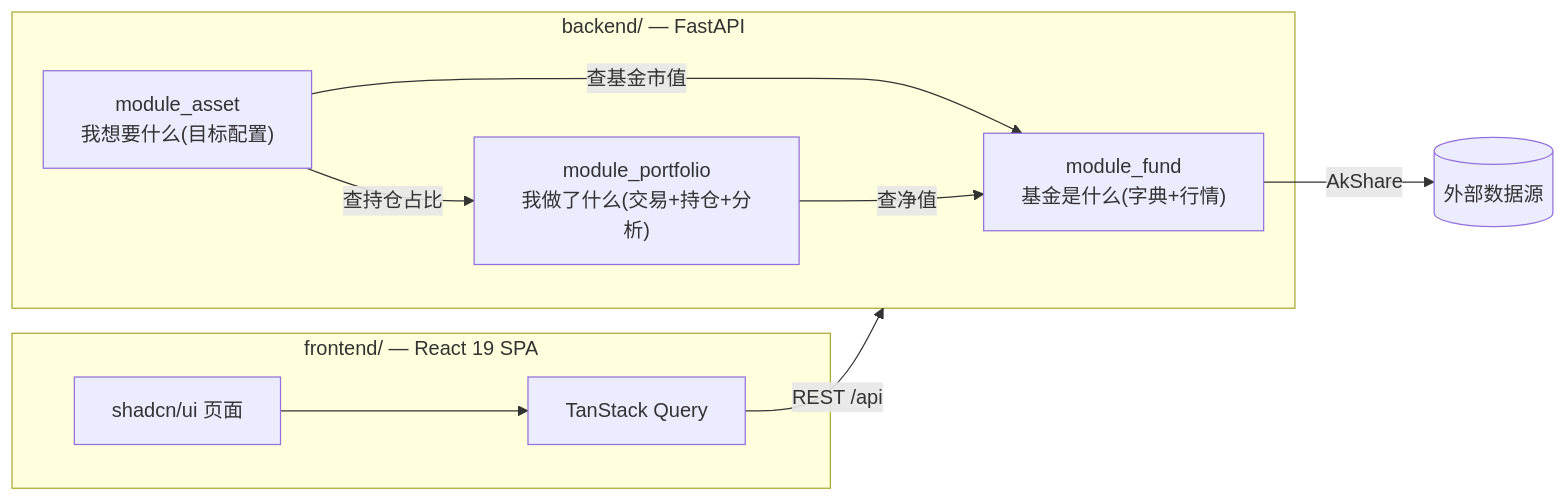
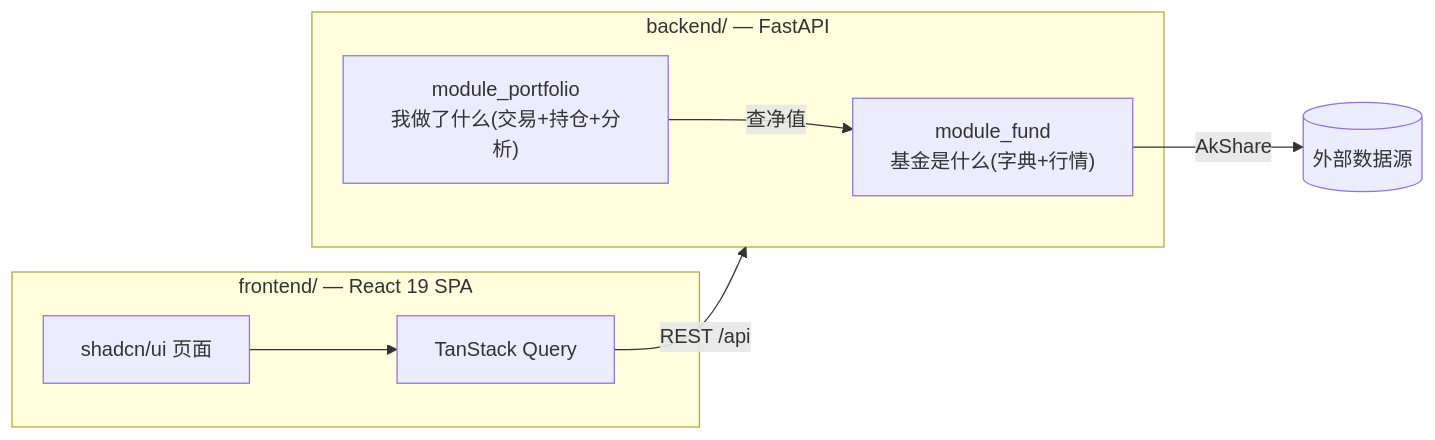
The diagram in README.md (tuzaizi8/assent-allocation-management), drawn with Mermaid before and after one commit. The commit also changed other lines of this file and 3 other files, not shown here.

````diff
--- a/README.md
+++ b/README.md
@@ -45,19 +60,16 @@
 ```mermaid
 flowchart LR
     subgraph FRONTEND["frontend/ — React 19 SPA"]
         UI[shadcn/ui 页面]
         Q[TanStack Query]
     end
 
     subgraph BACKEND["backend/ — FastAPI"]
         F["module_fund<br/>基金是什么(字典+行情)"]
         P["module_portfolio<br/>我做了什么(交易+持仓+分析)"]
-        A["module_asset<br/>我想要什么(目标配置)"]
     end
 
     UI --> Q -->|REST /api| BACKEND
-    A -->|查基金市值| F
-    A -->|查持仓占比| P
     P -->|查净值| F
     F -->|AkShare| EXT[(外部数据源)]
 ```
````
